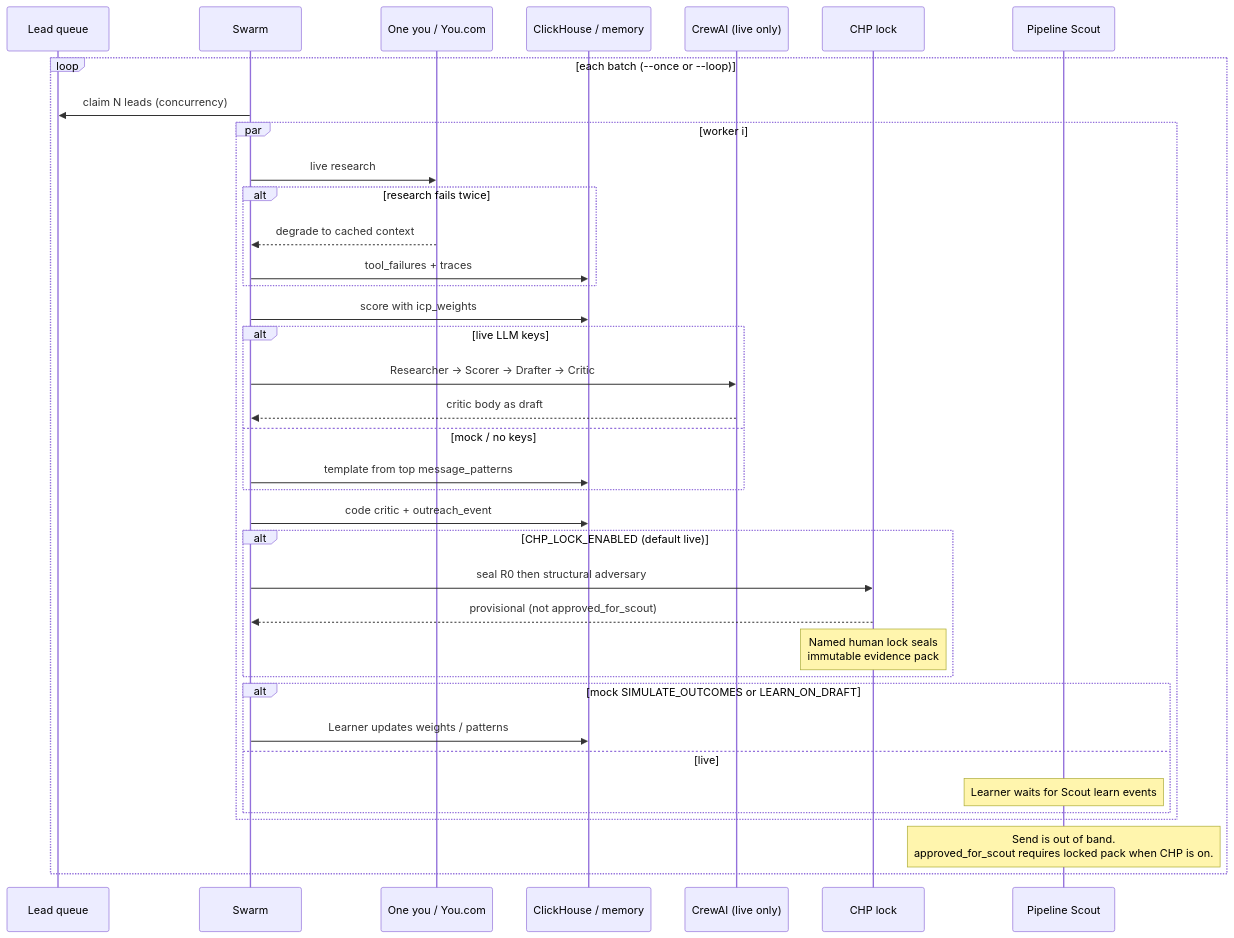
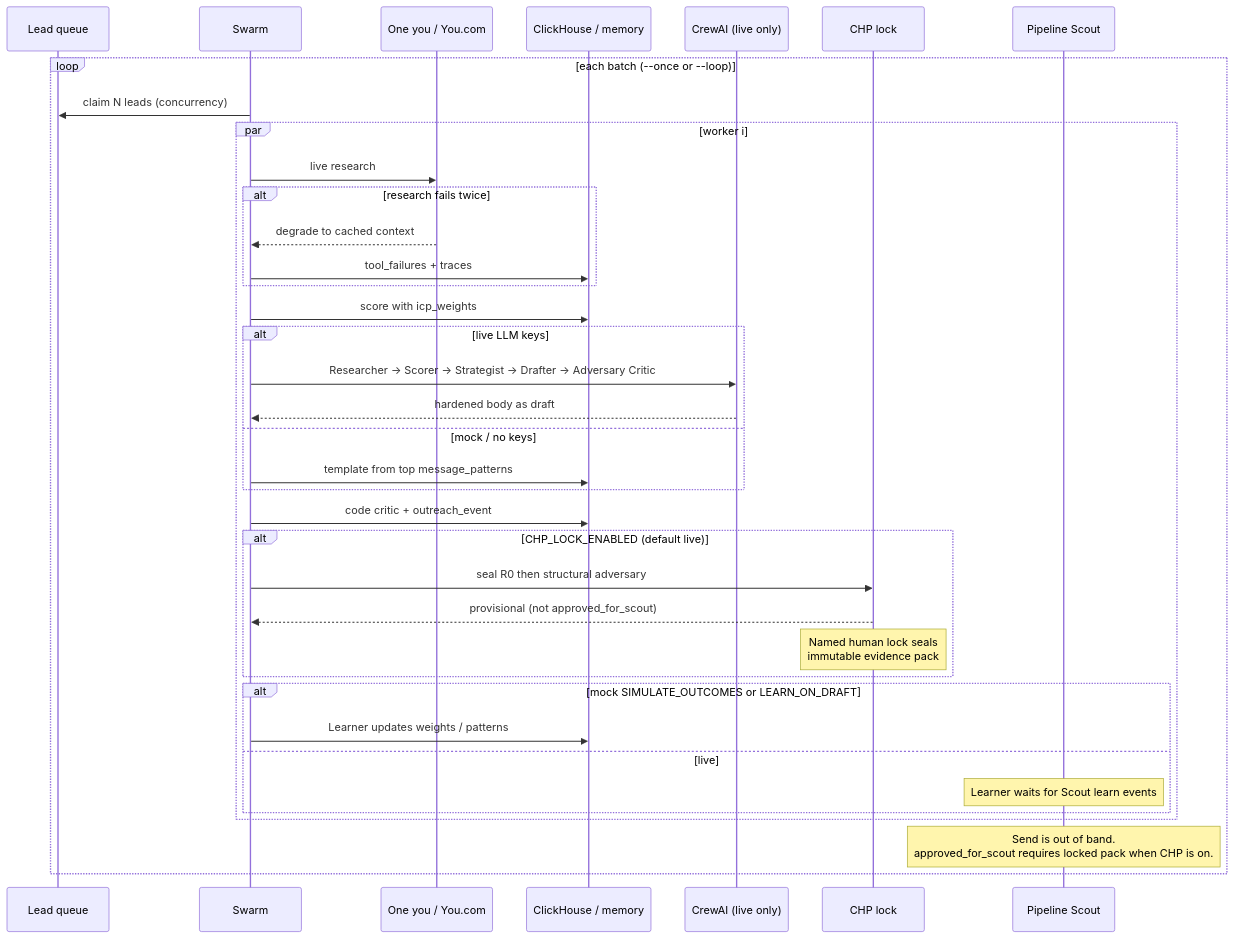
One commit to Cubiczan/self-improving-outreach changed the second of 2 diagrams in README.md. Above: the diagram before and after it, drawn with Mermaid. The commit also changed other lines of this file and 17 other files, not shown here.

First line of the commit message:
Expand CrewAI utilization with tools, strategist, and adversary critic

````diff
--- a/README.md
+++ b/README.md
@@ -147,40 +147,40 @@
 ```mermaid
 sequenceDiagram
   participant Q as Lead queue
   participant Sw as Swarm
   participant You as One you / You.com
   participant Store as ClickHouse / memory
   participant Crew as CrewAI (live only)
   participant CHP as CHP lock
   participant Scout as Pipeline Scout
 
   loop each batch (--once or --loop)
     Sw->>Q: claim N leads (concurrency)
     par worker i
       Sw->>You: live research
       alt research fails twice
         You-->>Sw: degrade to cached context
         Sw->>Store: tool_failures + traces
       end
       Sw->>Store: score with icp_weights
       alt live LLM keys
-        Sw->>Crew: Researcher → Scorer → Drafter → Critic
-        Crew-->>Sw: critic body as draft
+        Sw->>Crew: Researcher → Scorer → Strategist → Drafter → Adversary Critic
+        Crew-->>Sw: hardened body as draft
       else mock / no keys
         Sw->>Store: template from top message_patterns
       end
       Sw->>Store: code critic + outreach_event
       alt CHP_LOCK_ENABLED (default live)
         Sw->>CHP: seal R0 then structural adversary
         CHP-->>Sw: provisional (not approved_for_scout)
         Note over CHP: Named human lock seals<br/>immutable evidence pack
       end
       alt mock SIMULATE_OUTCOMES or LEARN_ON_DRAFT
         Sw->>Store: Learner updates weights / patterns
       else live
         Note over Scout: Learner waits for Scout learn events
       end
     end
     Note over Scout: Send is out of band.<br/>approved_for_scout requires locked pack when CHP is on.
   end
 ```
````
